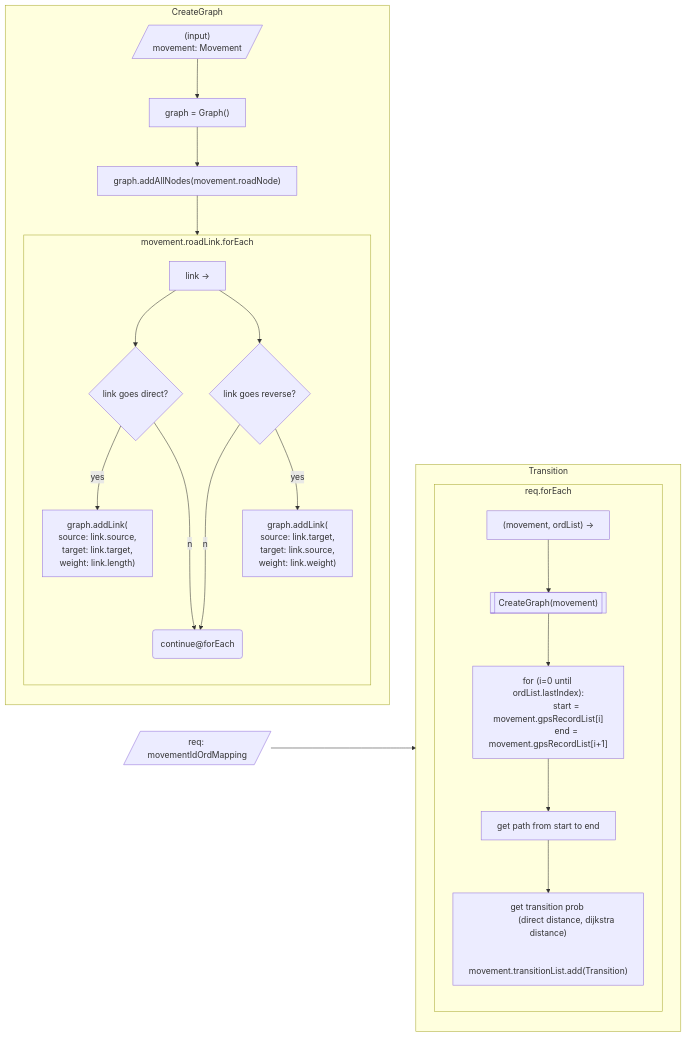
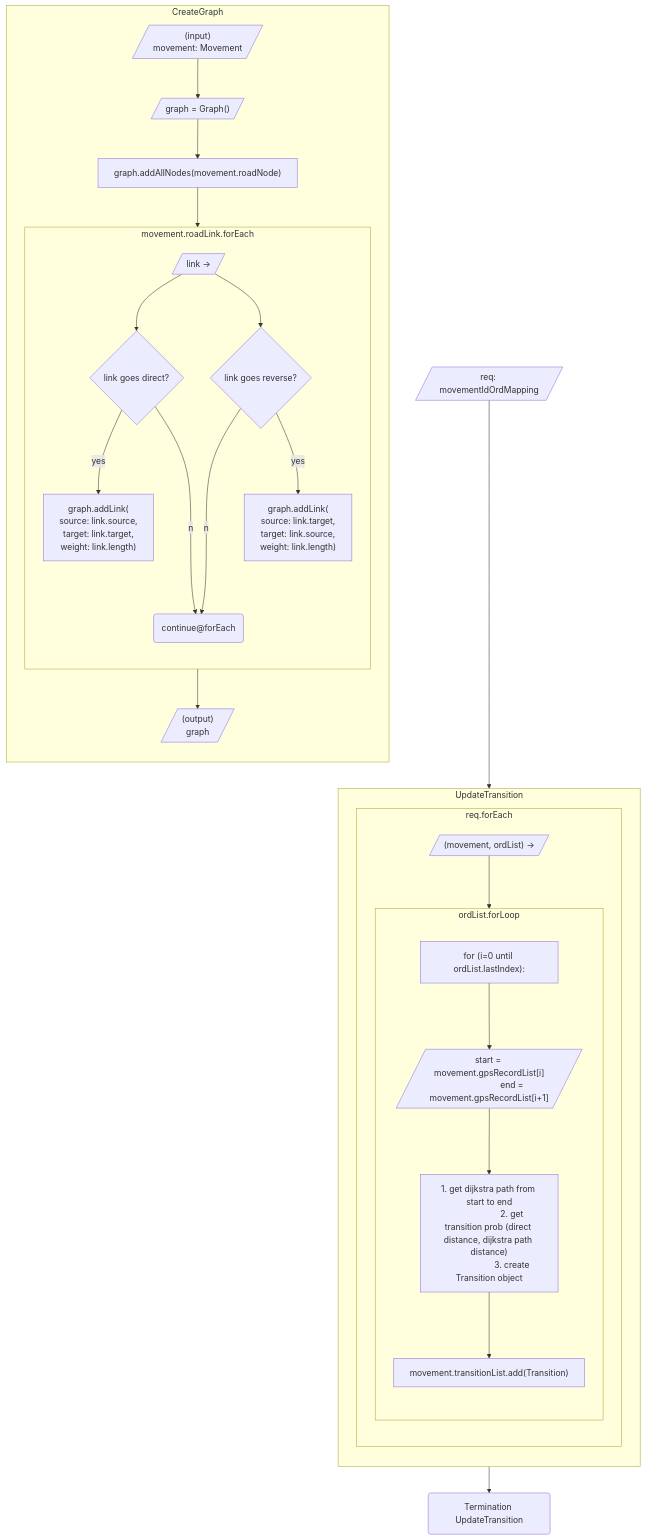
One commit to tw-yoo/appmeter-revising-flowchart changed the diagram in 4_transition.mmd. Above: the diagram before and after it, drawn with Mermaid. The commit also changed 5 other files, not shown here.

```diff
--- a/4_transition.mmd
+++ b/4_transition.mmd
@@ -1,76 +1,87 @@
-flowchart LR    
+flowchart TB
     Input[/req: movementIdOrdMapping/]
 
     subgraph CreateGraph
             direction TB
             GraphInput[/"
                 (input) 
                 movement: Movement
             "/]
-            Graph["graph = Graph()"]
+            Graph[/"graph = Graph()"/]
             AddNodeAndLink["graph.addAllNodes(movement.roadNode)"]
+            GraphOutput[/"
+                (output)
+                graph
+            "/]
 
             subgraph movement.roadLink.forEach
                 direction TB
 
-                itRoadLink["link ->"]
+                itRoadLink[/"link ->"/]
                 IfLinkDirectWay{"link goes direct?"}
                 IfLinkReverseWay{"link goes reverse?"}
 
                 AddDirectLink["graph.addLink(
-                source: link.source, 
-                target: link.target,
-                weight: link.length)"]
+                    source: link.source, 
+                    target: link.target,
+                    weight: link.length)
+                "]
                 AddReverseLink["graph.addLink(
-                source: link.target, 
-                target: link.source,
-                weight: link.weight)"]
+                    source: link.target, 
+                    target: link.source,
+                    weight: link.length)
+                "]
 
                 Continue("continue@forEach")
 
                 itRoadLink --> IfLinkDirectWay
                 itRoadLink --> IfLinkReverseWay
 
                 IfLinkDirectWay --yes--> AddDirectLink
                 IfLinkDirectWay --no--> Continue
                 IfLinkReverseWay --no--> Continue
                 IfLinkReverseWay --yes--> AddReverseLink
 
             end
 
-            GraphInput --> Graph --> AddNodeAndLink --> movement.roadLink.forEach
+            GraphInput --> Graph --> AddNodeAndLink --> movement.roadLink.forEach --> GraphOutput
 
         end
 
-    subgraph Transition
+    subgraph UpdateTransition
         direction TB
 
         subgraph req.forEach
             direction TB
 
-            itReq["(movement, ordList) ->"]
+            itReq[/"(movement, ordList) ->"/]
 
-            OrdListForEach["
-                for (i=0 until ordList.lastIndex):
-                start = movement.gpsRecordList[i]
-                end = movement.gpsRecordList[i+1]
-            "]
+            subgraph ordList.forLoop
+                direction TB
+                forCondition["for (i=0 until ordList.lastIndex):"]
+                startEnd[/"
+                    start = movement.gpsRecordList[i]
+                    end = movement.gpsRecordList[i+1]
+                "/]
 
-            GetPath["
-                get path from start to end
-            "]
+                dijkstraPath["
+                    1. get dijkstra path from start to end
+                    2. get transition prob (direct distance, dijkstra path distance)
+                    3. create Transition object
+                "]
 
-            AddTransition["
-                get transition prob 
-                (direct distance, dijkstra distance)
+                addTransition["
+                    movement.transitionList.add(Transition)
+                "]
 
-                movement.transitionList.add(Transition)
-            "]
+                forCondition --> startEnd --> dijkstraPath --> addTransition
+            end
 
-            itReq --> funCreateGraph[["CreateGraph(movement)"]] --> OrdListForEach --> GetPath --> AddTransition
+            itReq --> ordList.forLoop
 
         end
 
     end
 
-Input --> Transition
+    Termination("Termination UpdateTransition")
+Input --> UpdateTransition --> Termination
```
